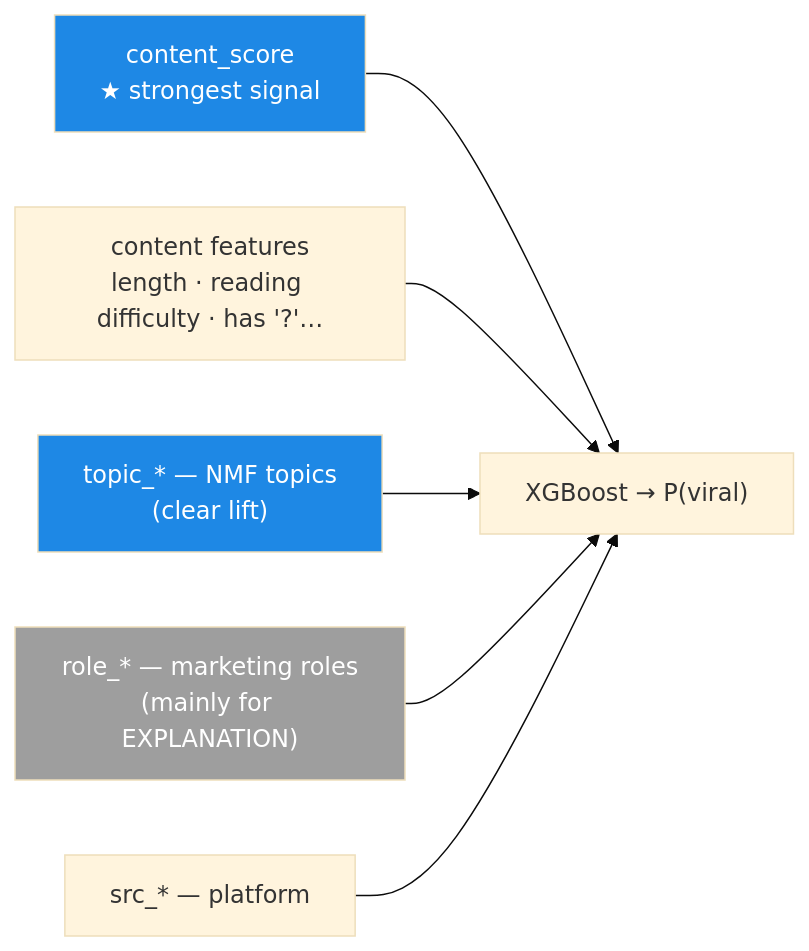
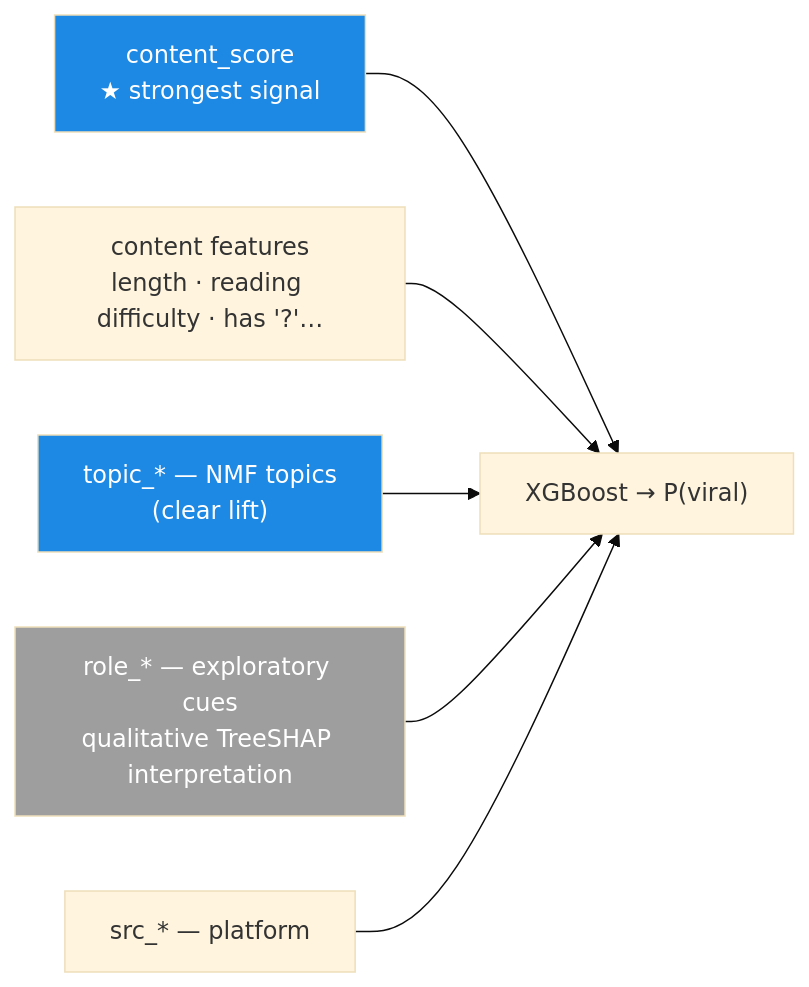
One commit to raph0603/USER-BEHAVIOR-SOCIAL-MEDIA changed the second of 3 diagrams in ml/ARCHITECTURE.md. Above: the diagram before and after it, drawn with Mermaid (base theme). The commit also changed other lines of this file and 17 other files, not shown here.

Commit message:
fix(ml): frame rhetorical roles as exploratory

````diff
--- a/ml/ARCHITECTURE.md
+++ b/ml/ARCHITECTURE.md
@@ -61,15 +61,15 @@
 ```mermaid
 flowchart LR
   A["content_score<br/>★ strongest signal"]:::strong
   B["content features<br/>length · reading difficulty · has '?'…"]
   C["topic_* — NMF topics<br/>(clear lift)"]:::strong
-  D["role_* — marketing roles<br/>(mainly for EXPLANATION)"]:::weak
+  D["role_* — exploratory cues<br/>qualitative TreeSHAP interpretation"]:::weak
   E["src_* — platform"]
   A --> X["XGBoost → P(viral)"]
   B --> X
   C --> X
   D --> X
   E --> X
   classDef strong fill:#1e88e5,color:#fff;
   classDef weak fill:#9e9e9e,color:#fff;
 ```
````
